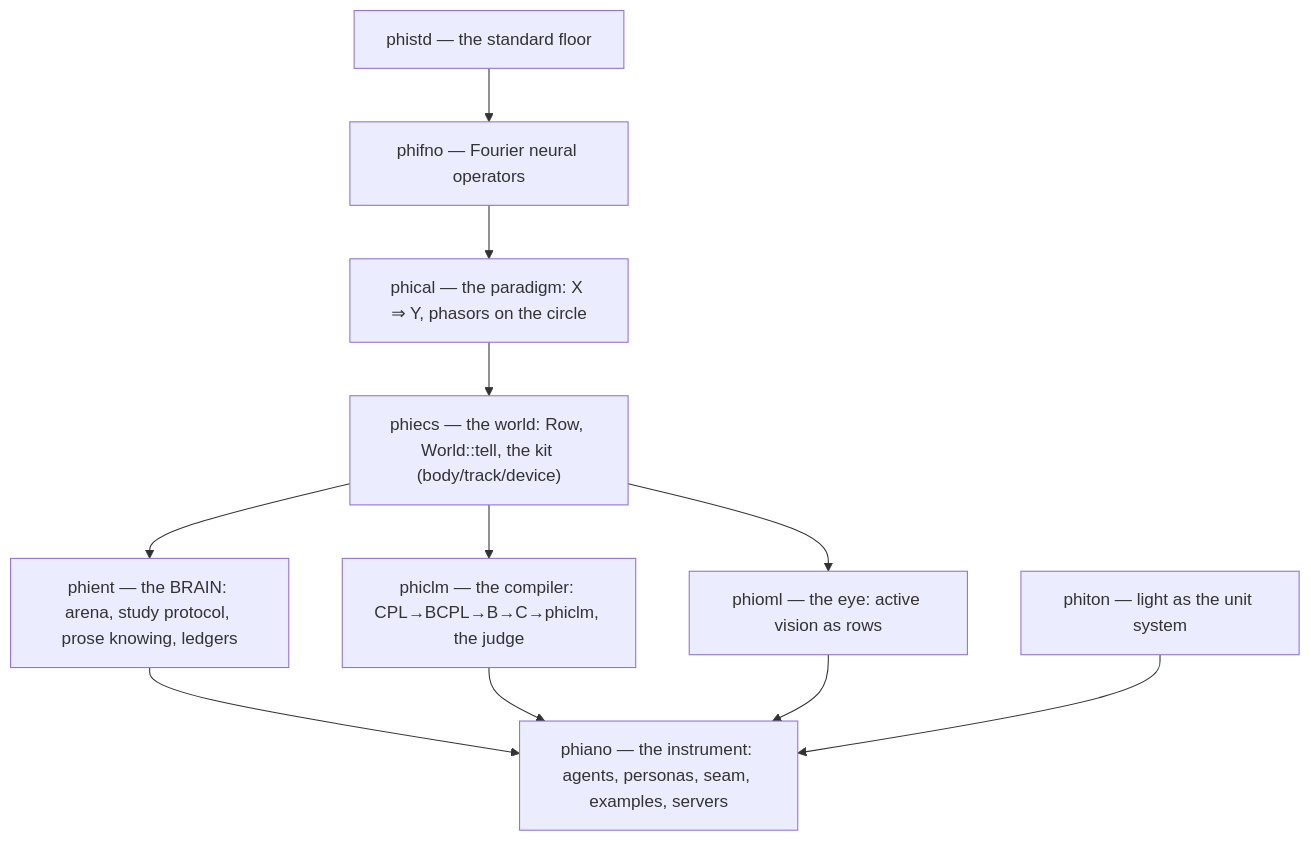
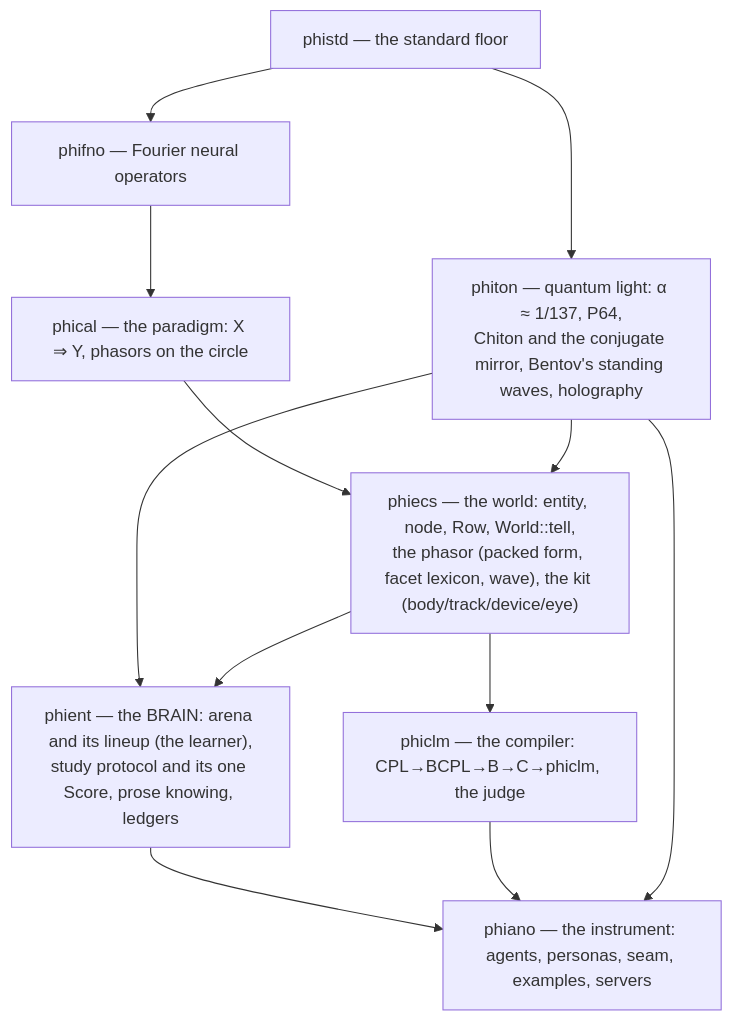
One commit to gemphi/phinet changed the first of 5 diagrams in ARCHITECTURE.md. Above: the diagram before and after it, drawn with Mermaid. The commit also changed other lines of this file and 105 other files, not shown here.

````diff
--- a/ARCHITECTURE.md
+++ b/ARCHITECTURE.md
@@ -7,21 +5,21 @@
 ```mermaid
 graph TD
     phistd["phistd — the standard floor"]
     phifno["phifno — Fourier neural operators"]
     phical["phical — the paradigm: X ⇒ Y, phasors on the circle"]
-    phiecs["phiecs — the world: Row, World::tell, the kit (body/track/device)"]
-    phioml["phioml — the eye: active vision as rows"]
-    phient["phient — the BRAIN: arena, study protocol, prose knowing, ledgers"]
+    phiecs["phiecs — the world: entity, node, Row, World::tell,<br/>the phasor (packed form, facet lexicon, wave), the kit (body/track/device/eye)"]
+    phient["phient — the BRAIN: arena and its lineup (the learner),<br/>study protocol and its one Score, prose knowing, ledgers"]
     phiclm["phiclm — the compiler: CPL→BCPL→B→C→phiclm, the judge"]
-    phiton["phiton — light as the unit system"]
+    phiton["phiton — quantum light: α ≈ 1/137, P64,<br/>Chiton and the conjugate mirror, Bentov's standing waves, holography"]
     phiano["phiano — the instrument: agents, personas, seam, examples, servers"]
 
     phistd --> phifno --> phical --> phiecs
-    phiecs --> phioml
+    phistd --> phiton
+    phiton --> phiecs
+    phiton --> phient
     phiecs --> phient
     phiecs --> phiclm
     phient --> phiano
     phiclm --> phiano
-    phioml --> phiano
     phiton --> phiano
 ```
````
